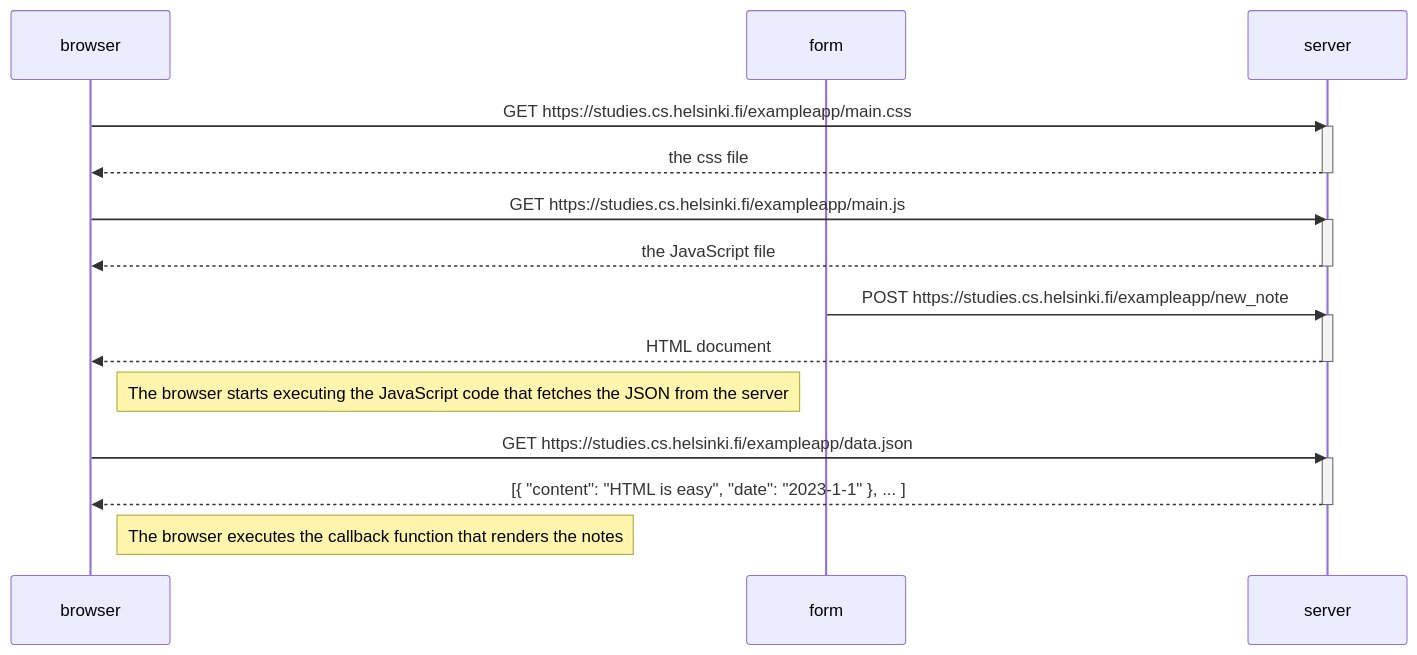
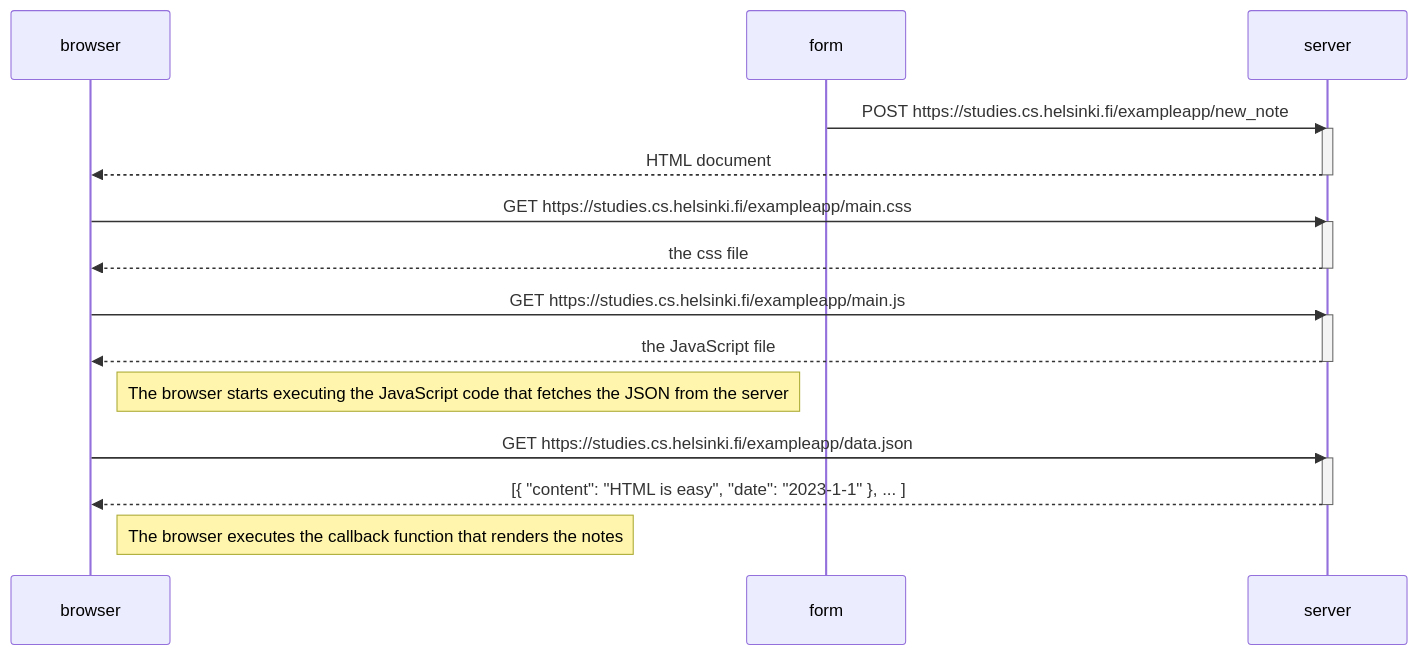
The diagram in .04.md (ejprietocal/part0), drawn with Mermaid before and after one commit.

````diff
--- a/.04.md
+++ b/.04.md
@@ -1,30 +1,31 @@
 ```mermaid
 sequenceDiagram
     participant browser
     participant form
     participant server
+
+    form->>server: POST https://studies.cs.helsinki.fi/exampleapp/new_note
+    activate server
+    server-->>browser: HTML document
+    deactivate server
 
     browser->>server: GET https://studies.cs.helsinki.fi/exampleapp/main.css
     activate server
     server-->>browser: the css file
     deactivate server
 
     browser->>server: GET https://studies.cs.helsinki.fi/exampleapp/main.js
     activate server
     server-->>browser: the JavaScript file
     deactivate server
 
-    form->>server: POST https://studies.cs.helsinki.fi/exampleapp/new_note
-    activate server
-    server-->>browser: HTML document
-    deactivate server
 
     Note right of browser: The browser starts executing the JavaScript code that fetches the JSON from the server
 
     browser->>server: GET https://studies.cs.helsinki.fi/exampleapp/data.json
     activate server
     server-->>browser: [{ "content": "HTML is easy", "date": "2023-1-1" }, ... ]
     deactivate server
 
     Note right of browser: The browser executes the callback function that renders the notes
 ```
````
